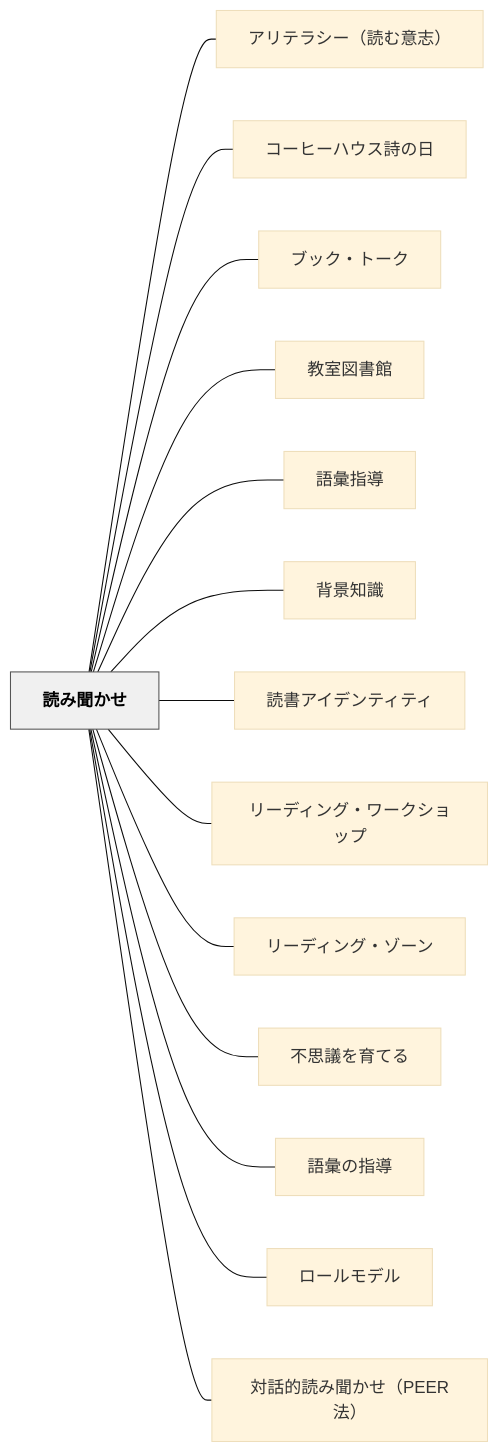
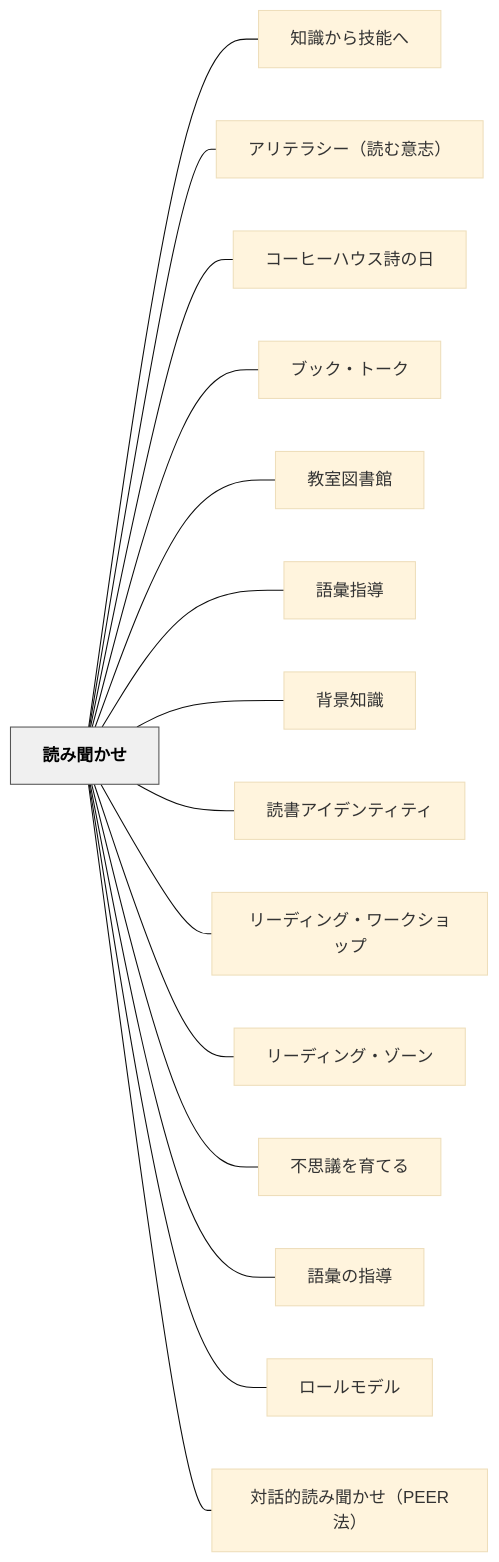
The diagram in content/パタン/読み聞かせ.md (unknownthings-ed-patterns/unknownthings-ed-patterns), drawn with Mermaid (base theme) before and after one commit. The commit also changed other lines of this file and 100 other files, not shown here.

````diff
--- a/content/パタン/読み聞かせ.md
+++ b/content/パタン/読み聞かせ.md
@@ -194,34 +195,36 @@
 ```mermaid
 flowchart LR
     ne8aaade381bfe8819ee3818be3819b["読み聞かせ"]
+    ne79fa5e8ad98e3818be38289e68a80e883bde381b8["知識から技能へ"]
     ne382a2e383aae38386e383a9e382b7e383bcefbc88e8aaade38280e6848fe5bf97efbc89["アリテラシー（読む意志）"]
     ne382b3e383bce38392e383bce3838fe382a6e382b9e8a9a9e381aee697a5["コーヒーハウス詩の日"]
     ne38396e38383e382afe383bbe38388e383bce382af["ブック・トーク"]
     ne69599e5aea4e59bb3e69bb8e9a4a8["教室図書館"]
     ne8aa9ee5bd99e68c87e5b08e["語彙指導"]
     ne8838ce699afe79fa5e8ad98["背景知識"]
     ne8aaade69bb8e382a2e382a4e38387e383b3e38386e382a3e38386e382a3["読書アイデンティティ"]
     ne383aae383bce38387e382a3e383b3e382b0e383bbe383afe383bce382afe382b7e383a7e38383e38397["リーディング・ワークショップ"]
     ne383aae383bce38387e382a3e383b3e382b0e383bbe382bee383bce383b3["リーディング・ゾーン"]
     ne4b88de6809de8adb0e38292e882b2e381a6e3828b["不思議を育てる"]
     ne8aa9ee5bd99e381aee68c87e5b08e["語彙の指導"]
     ne383ade383bce383abe383a2e38387e383ab["ロールモデル"]
     ne5afbee8a9b1e79a84e8aaade381bfe8819ee3818be3819befbc8850454552e6b395efbc89["対話的読み聞かせ（PEER法）"]
 
+    ne8aaade381bfe8819ee3818be3819b --- ne79fa5e8ad98e3818be38289e68a80e883bde381b8
     ne8aaade381bfe8819ee3818be3819b --- ne382a2e383aae38386e383a9e382b7e383bcefbc88e8aaade38280e6848fe5bf97efbc89
     ne8aaade381bfe8819ee3818be3819b --- ne382b3e383bce38392e383bce3838fe382a6e382b9e8a9a9e381aee697a5
     ne8aaade381bfe8819ee3818be3819b --- ne38396e38383e382afe383bbe38388e383bce382af
     ne8aaade381bfe8819ee3818be3819b --- ne69599e5aea4e59bb3e69bb8e9a4a8
     ne8aaade381bfe8819ee3818be3819b --- ne8aa9ee5bd99e68c87e5b08e
     ne8aaade381bfe8819ee3818be3819b --- ne8838ce699afe79fa5e8ad98
     ne8aaade381bfe8819ee3818be3819b --- ne8aaade69bb8e382a2e382a4e38387e383b3e38386e382a3e38386e382a3
     ne8aaade381bfe8819ee3818be3819b --- ne383aae383bce38387e382a3e383b3e382b0e383bbe383afe383bce382afe382b7e383a7e38383e38397
     ne8aaade381bfe8819ee3818be3819b --- ne383aae383bce38387e382a3e383b3e382b0e383bbe382bee383bce383b3
     ne8aaade381bfe8819ee3818be3819b --- ne4b88de6809de8adb0e38292e882b2e381a6e3828b
     ne8aaade381bfe8819ee3818be3819b --- ne8aa9ee5bd99e381aee68c87e5b08e
     ne8aaade381bfe8819ee3818be3819b --- ne383ade383bce383abe383a2e38387e383ab
     ne8aaade381bfe8819ee3818be3819b --- ne5afbee8a9b1e79a84e8aaade381bfe8819ee3818be3819befbc8850454552e6b395efbc89
 
     classDef hub fill:#f0f0f0,stroke:#555,color:#000,font-weight:bold
     class ne8aaade381bfe8819ee3818be3819b hub
 ```
````
